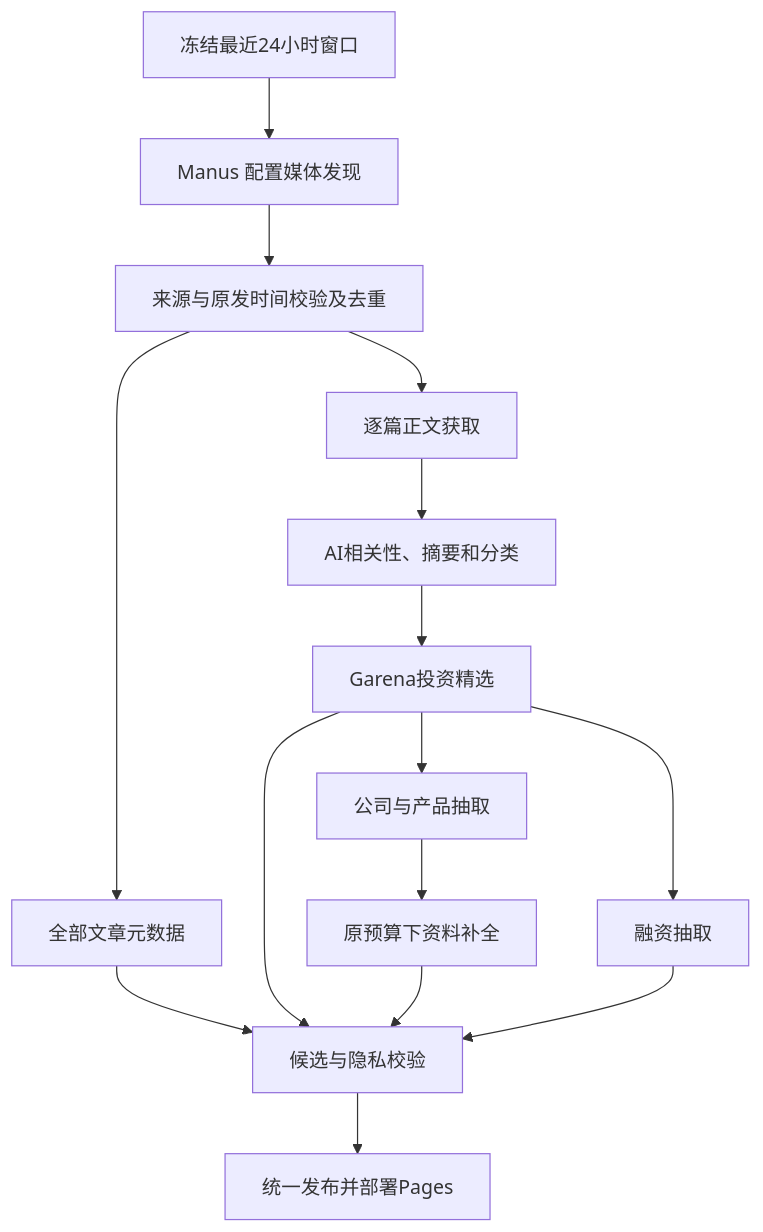
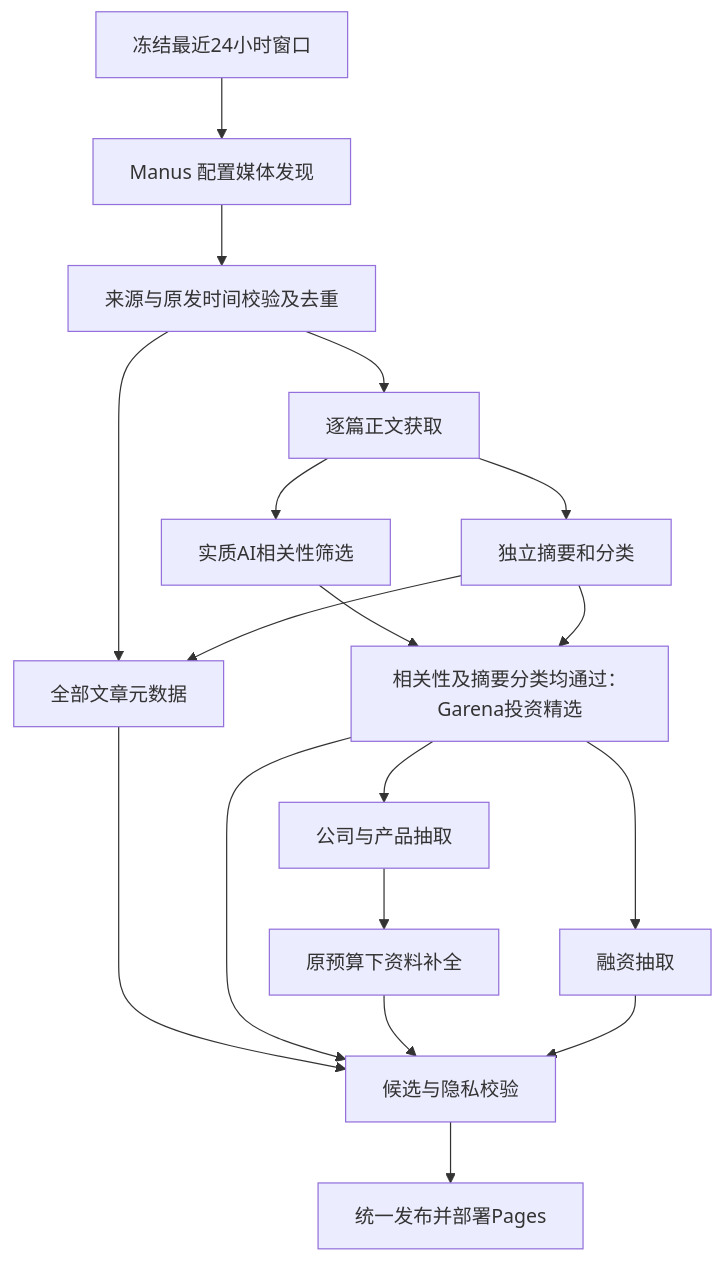
The diagram in docs/architecture/UNIFIED_NEWS_PIPELINE.md (hfshooting-alt/AI-HOT), drawn with Mermaid before and after one commit. The commit also changed other lines of this file and 41 other files, not shown here.

````diff
--- a/docs/architecture/UNIFIED_NEWS_PIPELINE.md
+++ b/docs/architecture/UNIFIED_NEWS_PIPELINE.md
@@ -29,17 +32,20 @@
 ```mermaid
 flowchart TD
     Start[冻结最近24小时窗口] --> Manus[Manus 配置媒体发现]
     Manus --> Gate[来源与原发时间校验及去重]
     Gate --> All[全部文章元数据]
     Gate --> Body[逐篇正文获取]
-    Body --> News[AI相关性、摘要和分类]
-    News --> Selected[Garena投资精选]
+    Body --> Relevance[实质AI相关性筛选]
+    Body --> Label[独立摘要和分类]
+    Label --> All
+    Relevance --> Selected[相关性及摘要分类均通过：Garena投资精选]
+    Label --> Selected
     Selected --> Company[公司与产品抽取]
     Company --> Research[原预算下资料补全]
     Selected --> Funding[融资抽取]
     All --> Review[候选与隐私校验]
     Selected --> Review
     Research --> Review
     Funding --> Review
     Review --> Publish[统一发布并部署Pages]
 ```
````
